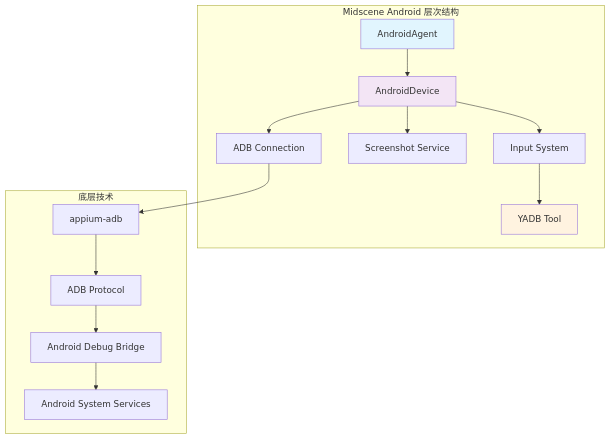
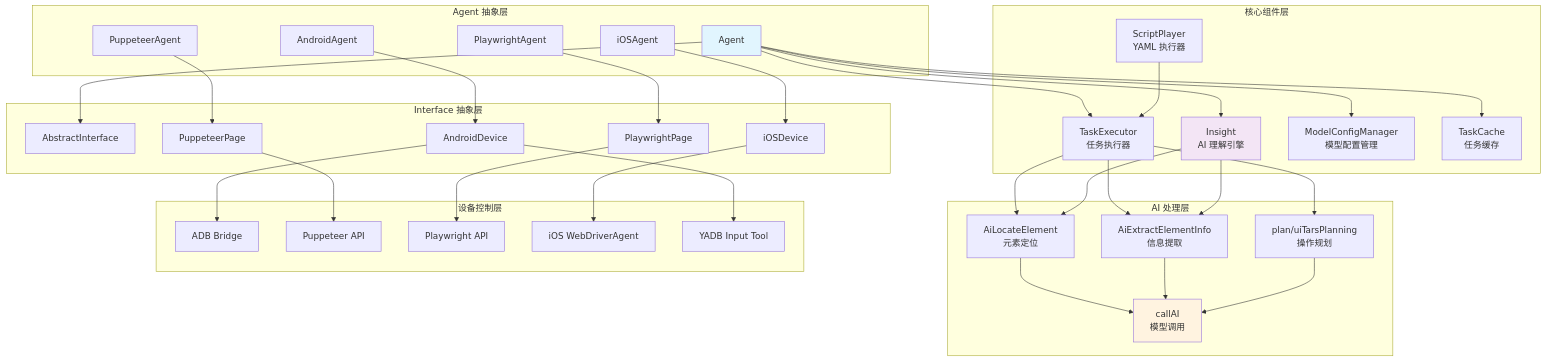
The third of 9 diagrams in README.md (zhuozp/AI-UI-), drawn with Mermaid before and after one commit. The commit also changed other lines of this file, not shown here.

````diff
--- a/README.md
+++ b/README.md
@@ -115,32 +181,73 @@
 ```mermaid
-graph TD
-    subgraph "Midscene Android 层次结构"
-        A[AndroidAgent]
-        B[AndroidDevice]
-        C[ADB Connection]
-        D[Screenshot Service]
-        E[Input System]
-        F[YADB Tool]
+graph TB
+    subgraph "Agent 抽象层"
+        A1[Agent<T>]
+        A2[AndroidAgent]
+        A3[PuppeteerAgent] 
+        A4[PlaywrightAgent]
+        A5[iOSAgent]
     end
     
-    subgraph "底层技术"
-        G[appium-adb]
-        H[ADB Protocol]
-        I[Android Debug Bridge]
-        J[Android System Services]
+    subgraph "Interface 抽象层"
+        I1[AbstractInterface]
+        I2[AndroidDevice]
+        I3[PuppeteerPage]
+        I4[PlaywrightPage] 
+        I5[iOSDevice]
     end
     
-    A --> B
-    B --> C
-    B --> D
-    B --> E
-    E --> F
-    C --> G
-    G --> H
-    H --> I
-    I --> J
+    subgraph "核心组件层"
+        C1[TaskExecutor<br/>任务执行器]
+        C2[Insight<br/>AI 理解引擎]
+        C3[ModelConfigManager<br/>模型配置管理]
+        C4[TaskCache<br/>任务缓存]
+        C5[ScriptPlayer<br/>YAML 执行器]
+    end
     
-    style A fill:#e1f5fe
-    style B fill:#f3e5f5
-    style F fill:#fff3e0
+    subgraph "AI 处理层"
+        AI1[AiLocateElement<br/>元素定位]
+        AI2[AiExtractElementInfo<br/>信息提取]
+        AI3[plan/uiTarsPlanning<br/>操作规划]
+        AI4[callAI<br/>模型调用]
+    end
+    
+    subgraph "设备控制层"
+        D1[ADB Bridge]
+        D2[Puppeteer API]
+        D3[Playwright API]
+        D4[iOS WebDriverAgent]
+        D5[YADB Input Tool]
+    end
+    
+    A1 --> I1
+    A2 --> I2
+    A3 --> I3
+    A4 --> I4
+    A5 --> I5
+    
+    A1 --> C1
+    A1 --> C2
+    A1 --> C3
+    A1 --> C4
+    
+    C1 --> AI1
+    C1 --> AI2
+    C1 --> AI3
+    C2 --> AI1
+    C2 --> AI2
+    C5 --> C1
+    
+    AI1 --> AI4
+    AI2 --> AI4
+    AI3 --> AI4
+    
+    I2 --> D1
+    I2 --> D5
+    I3 --> D2
+    I4 --> D3
+    I5 --> D4
+    
+    style A1 fill:#e1f5fe
+    style C2 fill:#f3e5f5
+    style AI4 fill:#fff3e0
 ```
````
